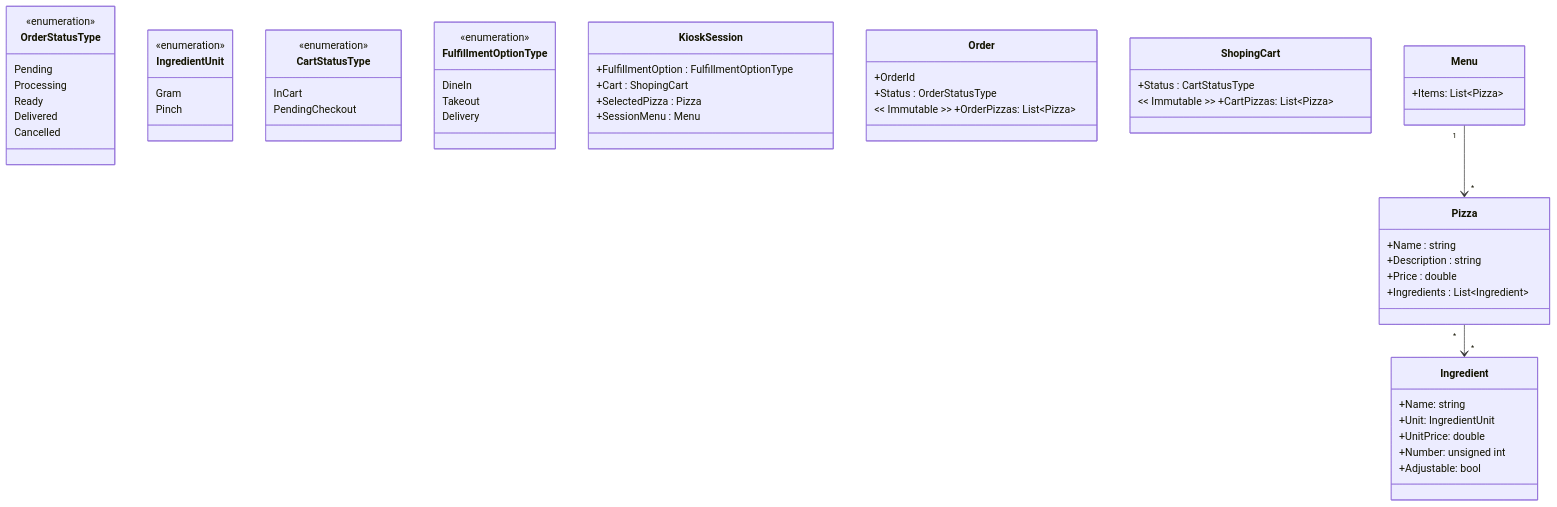
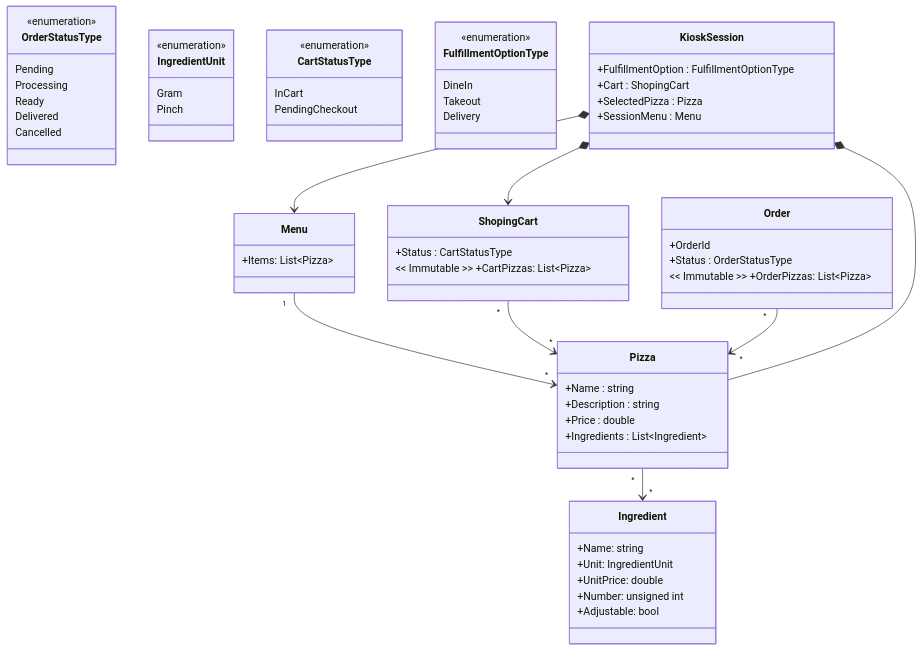
The diagram in AF/src/Utb.PizzaKiosk/README.md (ekral/FAI), drawn with Mermaid before and after one commit.

Commit message:
update diagram

````diff
--- a/AF/src/Utb.PizzaKiosk/README.md
+++ b/AF/src/Utb.PizzaKiosk/README.md
@@ -175,72 +175,77 @@
 ```mermaid
 classDiagram
 
    class OrderStatusType{
       <<enumeration>>
       Pending
       Processing
       Ready
       Delivered
       Cancelled
    }
 
    class IngredientUnit{
       <<enumeration>>
       Gram
       Pinch
    }
 
    class CartStatusType{
       <<enumeration>>
       InCart
       PendingCheckout
    }
 
    class FulfillmentOptionType{
       <<enumeration>>
       DineIn
       Takeout
       Delivery
    }
 
    class KioskSession{
       +FulfillmentOption : FulfillmentOptionType
       +Cart : ShopingCart
       +SelectedPizza : Pizza
       +SessionMenu : Menu
    }
 
    class Order{
       +OrderId
       +Status : OrderStatusType
       << Immutable >> +OrderPizzas: List~Pizza~
    }
 
    class ShopingCart{
       +Status : CartStatusType
       << Immutable >> +CartPizzas: List~Pizza~
    }
 
    class Ingredient{
       +Name: string
       +Unit: IngredientUnit
       +UnitPrice: double
       +Number: unsigned int
       +Adjustable: bool
    }
 
    class Menu{
       +Items: List~Pizza~
    }
 
    class Pizza {
       +Name : string
       +Description : string
       +Price : double
       +Ingredients : List~Ingredient~
    }
 
    Menu "1" --> "*" Pizza
    Pizza "*" --> "*" Ingredient
+   ShopingCart "*" --> "*" Pizza
+   Order "*" --> "*" Pizza
+   KioskSession *-- Pizza
+   KioskSession *--> ShopingCart
+   KioskSession *--> Menu
 
 ```
````
